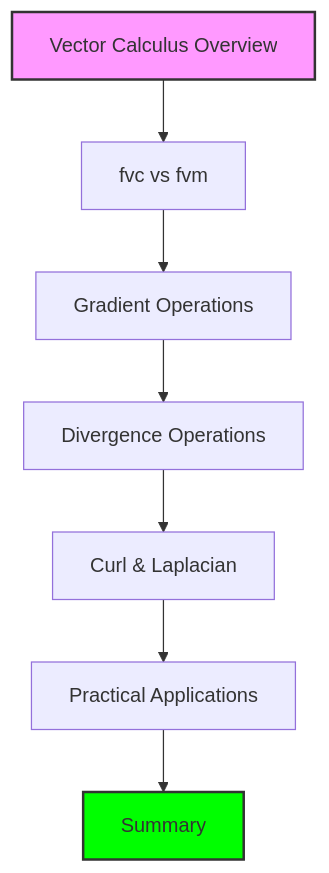
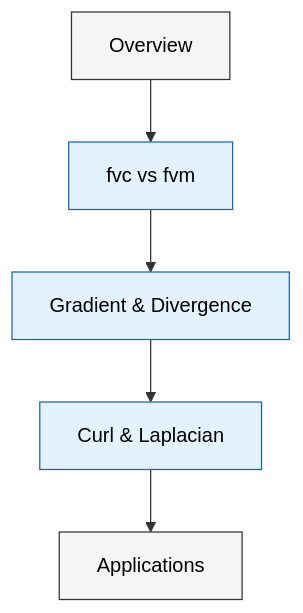
The diagram in MODULE_05_OPENFOAM_PROGRAMMING/CONTENT/10_VECTOR_CALCULUS/00_Overview.md (wramet/build-my-cfd), drawn with Mermaid before and after one commit. The commit also changed 313 other files, not shown here.

Commit message:
Revise all diagram

````diff
--- a/MODULE_05_OPENFOAM_PROGRAMMING/CONTENT/10_VECTOR_CALCULUS/00_Overview.md
+++ b/MODULE_05_OPENFOAM_PROGRAMMING/CONTENT/10_VECTOR_CALCULUS/00_Overview.md
@@ -6,12 +6,9 @@
 ```mermaid
 flowchart TD
-    A[Vector Calculus Overview] --> B[fvc vs fvm]
-    B --> C[Gradient Operations]
-    C --> D[Divergence Operations]
-    D --> E[Curl & Laplacian]
-    E --> F[Practical Applications]
-    F --> G[Summary]
-
-    style A fill:#f9f,stroke:#333,stroke-width:2px
-    style G fill:#00ff00,stroke:#333,stroke-width:2px
+classDef section fill:#f5f5f5,stroke:#333,color:#000
+classDef topic fill:#e3f2fd,stroke:#1565c0,color:#000
+A[Overview]:::section --> B[fvc vs fvm]:::topic
+B --> C[Gradient & Divergence]:::topic
+C --> D[Curl & Laplacian]:::topic
+D --> E[Applications]:::section
 ```
````
